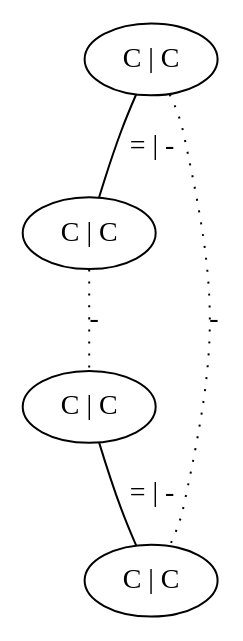
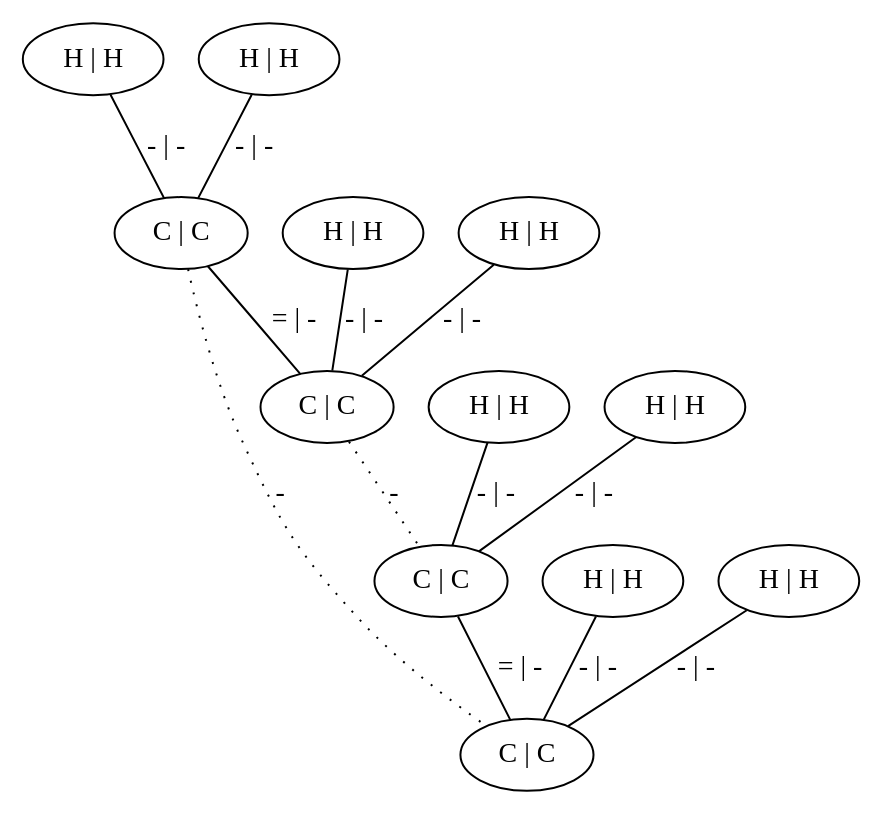
One commit to lazh01/keminf2 changed the diagram in assignment2/Option1_Atom-Atom/out/003_r_0_combined.dot. Above: the diagram before and after it, drawn with Graphviz. The commit also changed 62 other files, not shown here.

```diff
--- a/assignment2/Option1_Atom-Atom/out/003_r_0_combined.dot
+++ b/assignment2/Option1_Atom-Atom/out/003_r_0_combined.dot
@@ -1,10 +1,26 @@
 graph G {
 	0 [ label="C | C" ]
 	1 [ label="C | C" ]
-	2 [ label="C | C" ]
-	3 [ label="C | C" ]
+	2 [ label="H | H" ]
+	3 [ label="H | H" ]
+	4 [ label="H | H" ]
+	5 [ label="H | H" ]
+	6 [ label="C | C" ]
+	7 [ label="C | C" ]
+	8 [ label="H | H" ]
+	9 [ label="H | H" ]
+	10 [ label="H | H" ]
+	11 [ label="H | H" ]
 	1 -- 0 [ label="= | -" ]
-	3 -- 2 [ label="= | -" ]
-	1 -- 2 [ style=dotted label="-" ]
-	0 -- 3 [ style=dotted label="-" ]
+	2 -- 0 [ label="- | -" ]
+	3 -- 0 [ label="- | -" ]
+	4 -- 1 [ label="- | -" ]
+	5 -- 1 [ label="- | -" ]
+	7 -- 6 [ label="= | -" ]
+	8 -- 6 [ label="- | -" ]
+	9 -- 6 [ label="- | -" ]
+	10 -- 7 [ label="- | -" ]
+	11 -- 7 [ label="- | -" ]
+	1 -- 6 [ style=dotted label="-" ]
+	0 -- 7 [ style=dotted label="-" ]
 }
```
